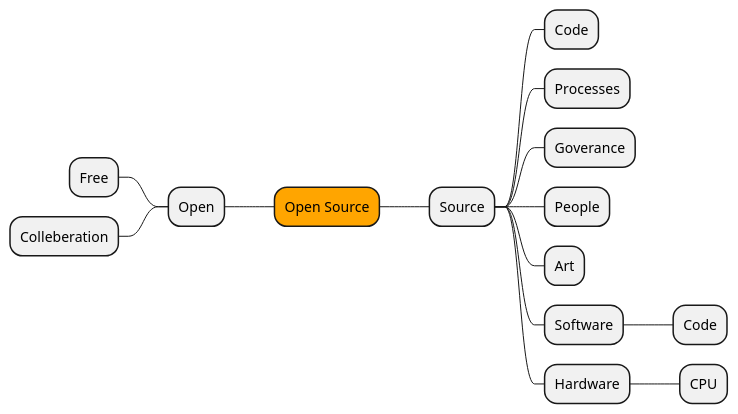
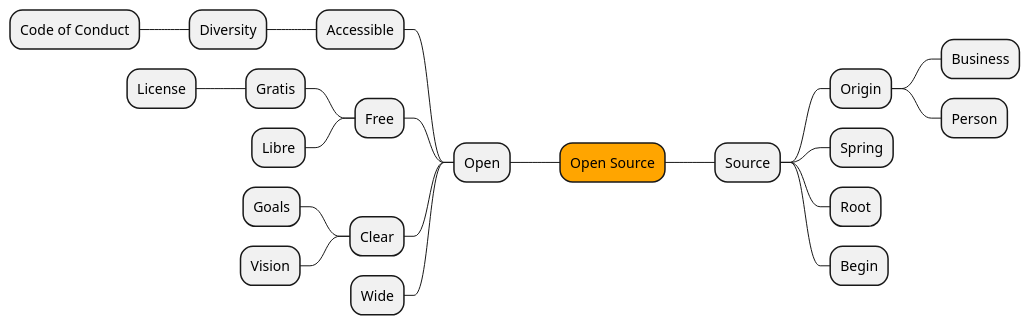
Before and after one commit to foldingbeauty/kelda: the diagram in diagrams/source/mindmap.plantuml, drawn with PlantUML. The commit also changed 1 other file, not shown here.

Commit message:
change mindmap for fun

```diff
--- a/diagrams/source/mindmap.plantuml
+++ b/diagrams/source/mindmap.plantuml
@@ -1,16 +1,23 @@
 @startmindmap opensource-mindmap
 -[#Orange] Open Source
 -- Open
+--- Accessible
+---- Diversity
+----- Code of Conduct
 --- Free
---- Colleberation
+---- Gratis
+----- License
+---- Libre
+--- Clear
+---- Goals
+---- Vision
+--- Wide
 ++ Source
-+++ Code
-+++ Processes
-+++ Goverance
-+++ People
-+++ Art
-+++ Software
-++++ Code
-+++ Hardware
-++++ CPU
++++ Origin
+++++ Business
+++++ Person
++++ Spring
++++ Root
++++ Begin
+
 @endmindmap
```
